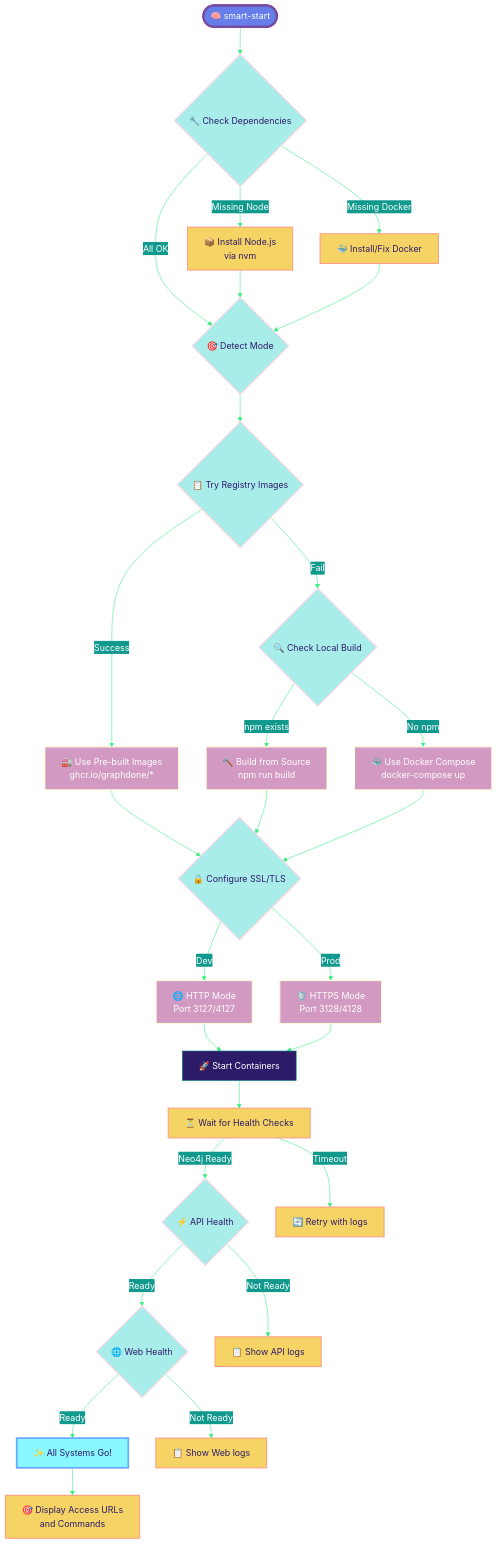
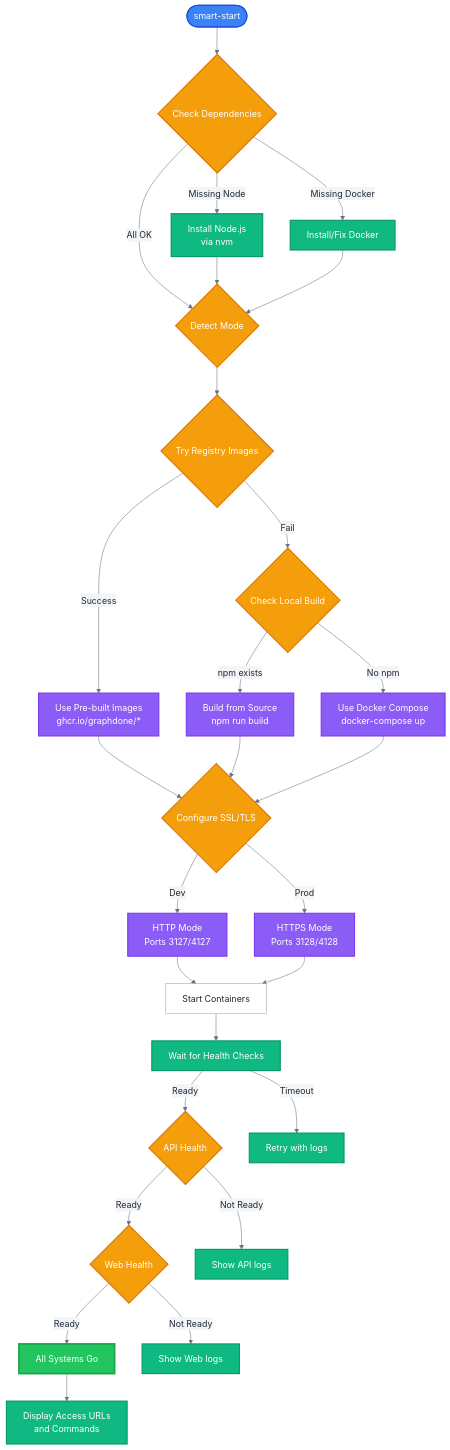
Before and after one commit to GraphDone/GraphDone-Core: the second of 6 diagrams in docs/installation-flow.md, drawn with Mermaid. The commit also changed other lines of this file, not shown here.

First line of the commit message:
🎨 Complete professional redesign of all Mermaid diagrams

````diff
--- a/docs/installation-flow.md
+++ b/docs/installation-flow.md
@@ -76,71 +76,72 @@
 ```mermaid
 %%{init: {
   'theme': 'base',
   'themeVariables': {
-    'primaryColor': '#2d1b69',
-    'primaryTextColor': '#ffffff',
-    'primaryBorderColor': '#11998e',
-    'lineColor': '#38ef7d',
-    'secondaryColor': '#11998e',
-    'tertiaryColor': '#38ef7d',
-    'background': '#0f0f23',
-    'mainBkg': '#2d1b69',
-    'secondBkg': '#11998e',
-    'tertiaryBkg': '#38ef7d'
+    'primaryColor': '#FFFFFF',
+    'primaryTextColor': '#1F2937',
+    'primaryBorderColor': '#9CA3AF',
+    'lineColor': '#6B7280',
+    'secondaryColor': '#F3F4F6',
+    'tertiaryColor': '#E5E7EB',
+    'background': '#FFFFFF',
+    'mainBkg': '#FFFFFF',
+    'secondBkg': '#F9FAFB',
+    'tertiaryBkg': '#F3F4F6',
+    'clusterBkg': '#F9FAFB'
   }
 }}%%
 
 flowchart TD
-    Start([🧠 smart-start]) --> CheckDeps{🔧 Check Dependencies}
+    Start([smart-start]) --> CheckDeps{Check Dependencies}
     
-    CheckDeps -->|Missing Node| InstallNode[📦 Install Node.js<br/>via nvm]
-    CheckDeps -->|Missing Docker| InstallDocker[🐳 Install/Fix Docker]
-    CheckDeps -->|All OK| CheckMode{🎯 Detect Mode}
+    CheckDeps -->|Missing Node| InstallNode[Install Node.js<br/>via nvm]
+    CheckDeps -->|Missing Docker| InstallDocker[Install/Fix Docker]
+    CheckDeps -->|All OK| CheckMode{Detect Mode}
     
     InstallNode --> CheckMode
     InstallDocker --> CheckMode
     
-    CheckMode --> TryRegistry{📋 Try Registry Images}
+    CheckMode --> TryRegistry{Try Registry Images}
     
-    TryRegistry -->|Success| RegistryMode[🏭 Use Pre-built Images<br/>ghcr.io/graphdone/*]
-    TryRegistry -->|Fail| CheckLocal{🔍 Check Local Build}
+    TryRegistry -->|Success| RegistryMode[Use Pre-built Images<br/>ghcr.io/graphdone/*]
+    TryRegistry -->|Fail| CheckLocal{Check Local Build}
     
-    CheckLocal -->|npm exists| LocalMode[🔨 Build from Source<br/>npm run build]
-    CheckLocal -->|No npm| DockerMode[🐳 Use Docker Compose<br/>docker-compose up]
+    CheckLocal -->|npm exists| LocalMode[Build from Source<br/>npm run build]
+    CheckLocal -->|No npm| DockerMode[Use Docker Compose<br/>docker-compose up]
     
     RegistryMode --> ConfigureSSL
     LocalMode --> ConfigureSSL
-    DockerMode --> ConfigureSSL{🔒 Configure SSL/TLS}
+    DockerMode --> ConfigureSSL{Configure SSL/TLS}
     
-    ConfigureSSL -->|Dev| HTTPMode[🌐 HTTP Mode<br/>Port 3127/4127]
-    ConfigureSSL -->|Prod| HTTPSMode[🛡️ HTTPS Mode<br/>Port 3128/4128]
+    ConfigureSSL -->|Dev| HTTPMode[HTTP Mode<br/>Ports 3127/4127]
+    ConfigureSSL -->|Prod| HTTPSMode[HTTPS Mode<br/>Ports 3128/4128]
     
     HTTPMode --> StartContainers
-    HTTPSMode --> StartContainers[🚀 Start Containers]
+    HTTPSMode --> StartContainers[Start Containers]
     
-    StartContainers --> WaitHealth[⏳ Wait for Health Checks]
+    StartContainers --> WaitHealth[Wait for Health Checks]
     
-    WaitHealth -->|Neo4j Ready| CheckAPI
-    WaitHealth -->|Timeout| Retry[🔄 Retry with logs]
+    WaitHealth -->|Ready| CheckAPI{API Health}
+    WaitHealth -->|Timeout| Retry[Retry with logs]
     
-    CheckAPI{⚡ API Health} -->|Ready| CheckWeb
-    CheckAPI -->|Not Ready| ShowAPILogs[📋 Show API logs]
+    CheckAPI -->|Ready| CheckWeb{Web Health}
+    CheckAPI -->|Not Ready| ShowAPILogs[Show API logs]
     
-    CheckWeb{🌐 Web Health} -->|Ready| Complete[✨ All Systems Go!]
-    CheckWeb -->|Not Ready| ShowWebLogs[📋 Show Web logs]
+    CheckWeb -->|Ready| Complete[All Systems Go]
+    CheckWeb -->|Not Ready| ShowWebLogs[Show Web logs]
     
-    Complete --> DisplayURLs[🎯 Display Access URLs<br/>and Commands]
+    Complete --> DisplayURLs[Display Access URLs<br/>and Commands]
     
-    classDef startStyle fill:#667eea,stroke:#764ba2,stroke-width:4px,color:#ffffff
-    classDef processStyle fill:#f6d365,stroke:#fda085,stroke-width:2px,color:#2d1b69
-    classDef decisionStyle fill:#a8edea,stroke:#fed6e3,stroke-width:2px,color:#2d1b69
-    classDef modeStyle fill:#d299c2,stroke:#fef9d7,stroke-width:2px,color:#ffffff
-    classDef successStyle fill:#89f7fe,stroke:#66a6ff,stroke-width:3px,color:#2d1b69
-    classDef configStyle fill:#ff9a9e,stroke:#fecfef,stroke-width:2px,color:#ffffff
+    classDef startNode fill:#3B82F6,stroke:#1D4ED8,stroke-width:2px,color:#FFFFFF
+    classDef processNode fill:#10B981,stroke:#059669,stroke-width:2px,color:#FFFFFF
+    classDef decisionNode fill:#F59E0B,stroke:#D97706,stroke-width:2px,color:#FFFFFF
+    classDef modeNode fill:#8B5CF6,stroke:#7C3AED,stroke-width:2px,color:#FFFFFF
+    classDef successNode fill:#22C55E,stroke:#16A34A,stroke-width:3px,color:#FFFFFF
+    classDef errorNode fill:#EF4444,stroke:#DC2626,stroke-width:2px,color:#FFFFFF
     
-    class Start startStyle
-    class InstallNode,InstallDocker,WaitHealth,Retry,ShowAPILogs,ShowWebLogs,DisplayURLs processStyle
-    class CheckDeps,CheckMode,TryRegistry,CheckLocal,ConfigureSSL,CheckAPI,CheckWeb decisionStyle
-    class RegistryMode,LocalMode,DockerMode,HTTPMode,HTTPSMode modeStyle
-    class Complete successStyle
+    class Start startNode
+    class InstallNode,InstallDocker,WaitHealth,Retry,ShowAPILogs,ShowWebLogs,DisplayURLs processNode
+    class CheckDeps,CheckMode,TryRegistry,CheckLocal,ConfigureSSL,CheckAPI,CheckWeb decisionNode
+    class RegistryMode,LocalMode,DockerMode,HTTPMode,HTTPSMode modeNode
+    class Complete successNode
 ```
````
